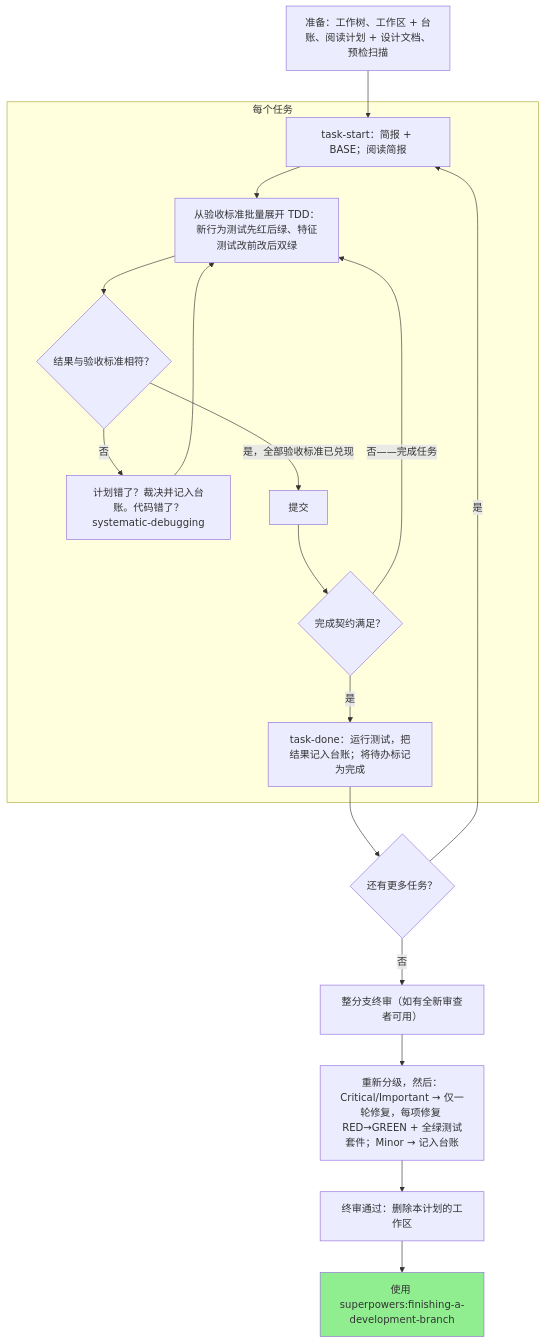
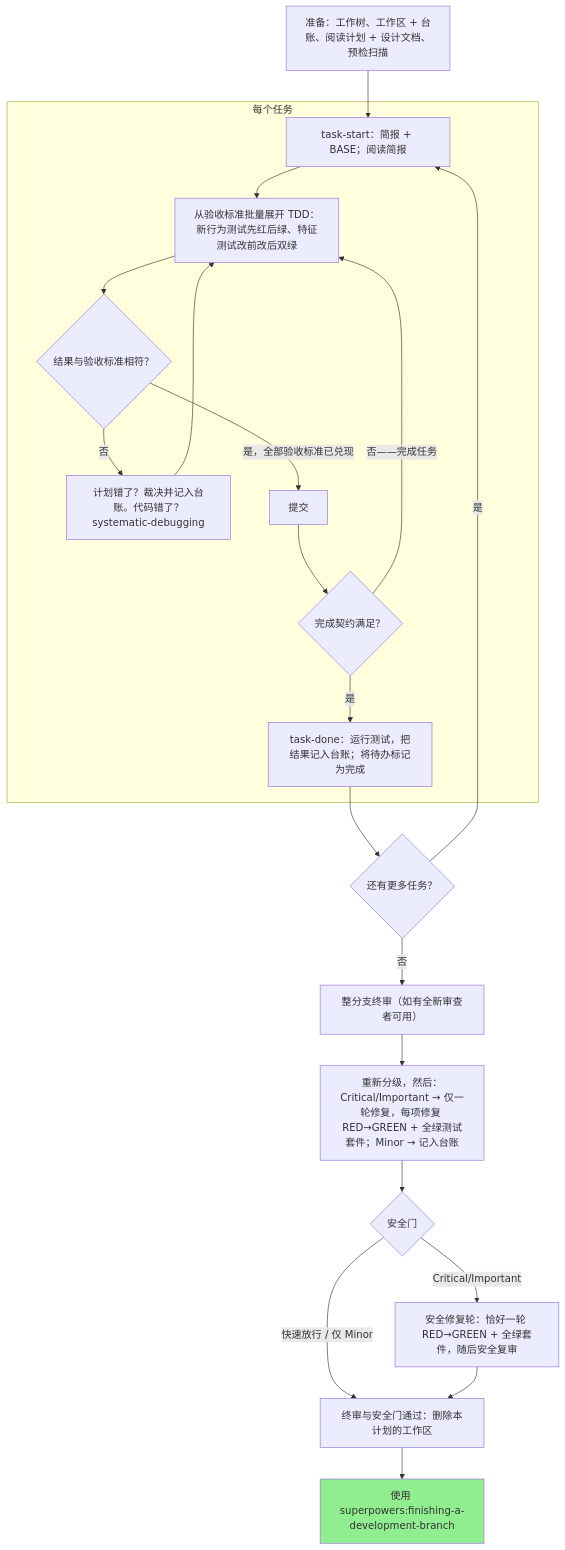
The diagram in skills/executing-plans/SKILL.md (chuxiao/superpowers), drawn with Mermaid before and after one commit. The commit also changed other lines of this file and 1 other file, not shown here.

````diff
--- a/skills/executing-plans/SKILL.md
+++ b/skills/executing-plans/SKILL.md
@@ -34,36 +34,41 @@
 ```mermaid
 flowchart TD
     prep["准备：工作树、工作区 + 台账、阅读计划 + 设计文档、预检扫描"]
     more_tasks{"还有更多任务？"}
     branch_review["整分支终审（如有全新审查者可用）"]
     triage_and_fix["重新分级，然后：Critical/Important → 仅一轮修复，每项修复 RED→GREEN + 全绿测试套件；Minor → 记入台账"]
-    cleanup["终审通过：删除本计划的工作区"]
+    security_gate{"安全门"}
+    sg_fix["安全修复轮：恰好一轮 RED→GREEN + 全绿套件，随后安全复审"]
+    cleanup["终审与安全门通过：删除本计划的工作区"]
     finish["使用 superpowers:finishing-a-development-branch"]
 
     subgraph per_task["每个任务"]
         task_start["task-start：简报 + BASE；阅读简报"]
         tdd_loop["从验收标准批量展开 TDD：新行为测试先红后绿、特征测试改前改后双绿"]
         matches_acceptance{"结果与验收标准相符？"}
         diagnose["计划错了？裁决并记入台账。代码错了？systematic-debugging"]
         commit["提交"]
         contract_met{"完成契约满足？"}
         task_done["task-done：运行测试，把结果记入台账；将待办标记为完成"]
     end
 
     prep --> task_start
     task_start --> tdd_loop
     tdd_loop --> matches_acceptance
     matches_acceptance -->|否| diagnose
     diagnose --> tdd_loop
     matches_acceptance -->|是，全部验收标准已兑现| commit
     commit --> contract_met
     contract_met -->|否——完成任务| tdd_loop
     contract_met -->|是| task_done
     task_done --> more_tasks
     more_tasks -->|是| task_start
     more_tasks -->|否| branch_review
     branch_review --> triage_and_fix
-    triage_and_fix --> cleanup
+    triage_and_fix --> security_gate
+    security_gate -->|快速放行 / 仅 Minor| cleanup
+    security_gate -->|Critical/Important| sg_fix
+    sg_fix --> cleanup
     cleanup --> finish
     style finish fill:#90ee90
 ```
````
